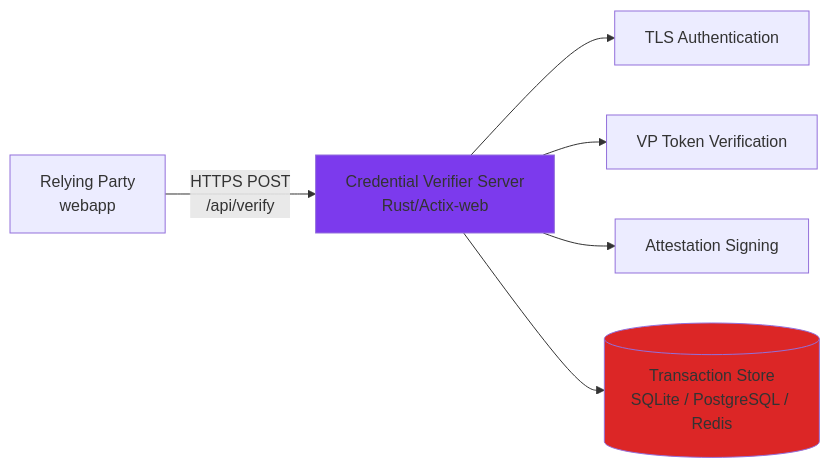
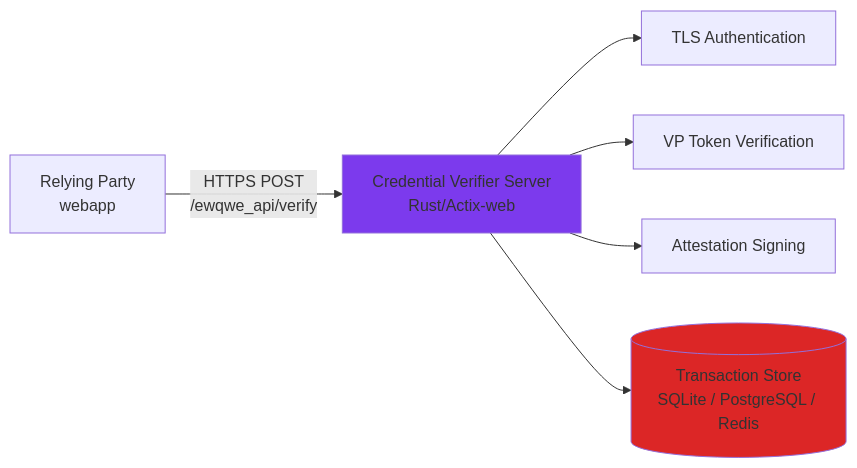
The diagram in documentation/src/credential_verifier_server.md (rd-ewqwe/ewqwe-identity), drawn with Mermaid before and after one commit. The commit also changed other lines of this file and 33 other files, not shown here.

Commit message:
changed api endpoint from /api/ to /ewqwe_api/

````diff
--- a/documentation/src/credential_verifier_server.md
+++ b/documentation/src/credential_verifier_server.md
@@ -18,18 +18,18 @@
 ```mermaid
 flowchart LR
     RP[Relying Party<br/>webapp]
     Verifier[Credential Verifier Server<br/>Rust/Actix-web]
     TLS[TLS Authentication]
     VP[VP Token Verification]
     Sign[Attestation Signing]
     Store[(Transaction Store<br/>SQLite / PostgreSQL / Redis)]
 
-    RP -->|HTTPS POST<br/>/api/verify| Verifier
+    RP -->|HTTPS POST<br/>/ewqwe_api/verify| Verifier
     Verifier --> TLS
     Verifier --> VP
     Verifier --> Sign
     Verifier --> Store
 
     style Verifier fill:#7c3aed
     style Store fill:#dc2626
 ```
````
